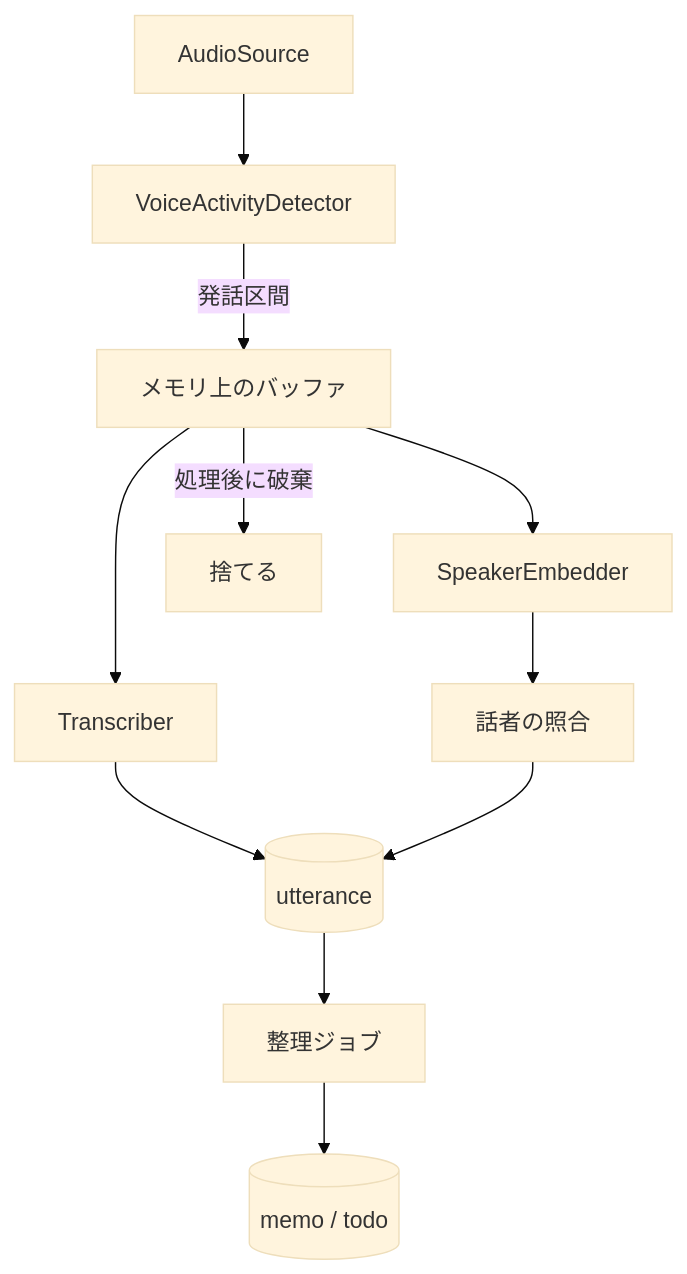
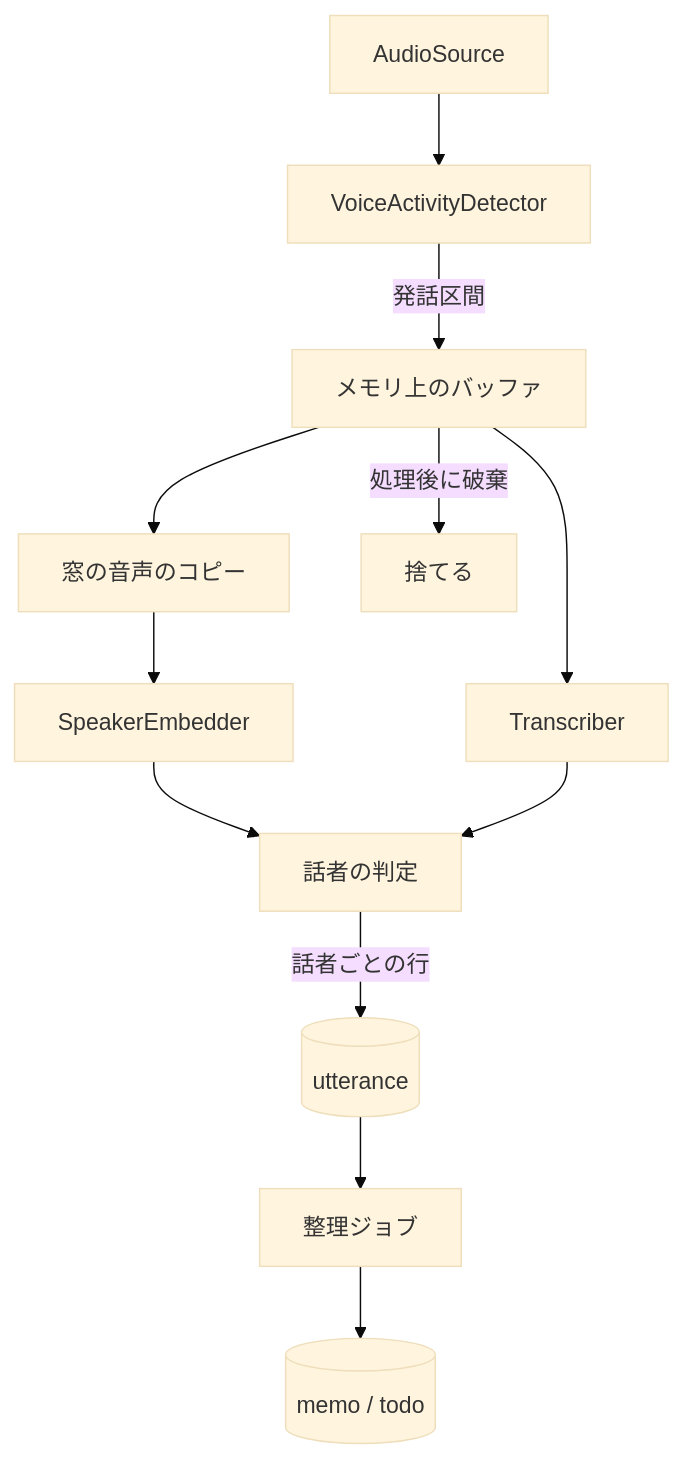
One commit to InoueDaiki/ambient-memo changed the diagram in docs/エンジン設計.md. Above: the diagram before and after it, drawn with Mermaid (base theme). The commit also changed other lines of this file and 21 other files, not shown here.

````diff
--- a/docs/エンジン設計.md
+++ b/docs/エンジン設計.md
@@ -117,13 +117,14 @@
 ```mermaid
 flowchart TD
   a[AudioSource] --> v[VoiceActivityDetector]
   v -->|発話区間| b[メモリ上のバッファ]
   b --> t[Transcriber]
-  b --> s[SpeakerEmbedder]
-  t --> u[(utterance)]
-  s --> p[話者の照合]
-  p --> u
+  b --> w[窓の音声のコピー]
+  w --> s[SpeakerEmbedder]
+  s --> p[話者の判定]
+  t --> p
+  p -->|話者ごとの行| u[(utterance)]
   b -->|処理後に破棄| x[捨てる]
   u --> o[整理ジョブ]
   o --> m[(memo / todo)]
 ```
````
